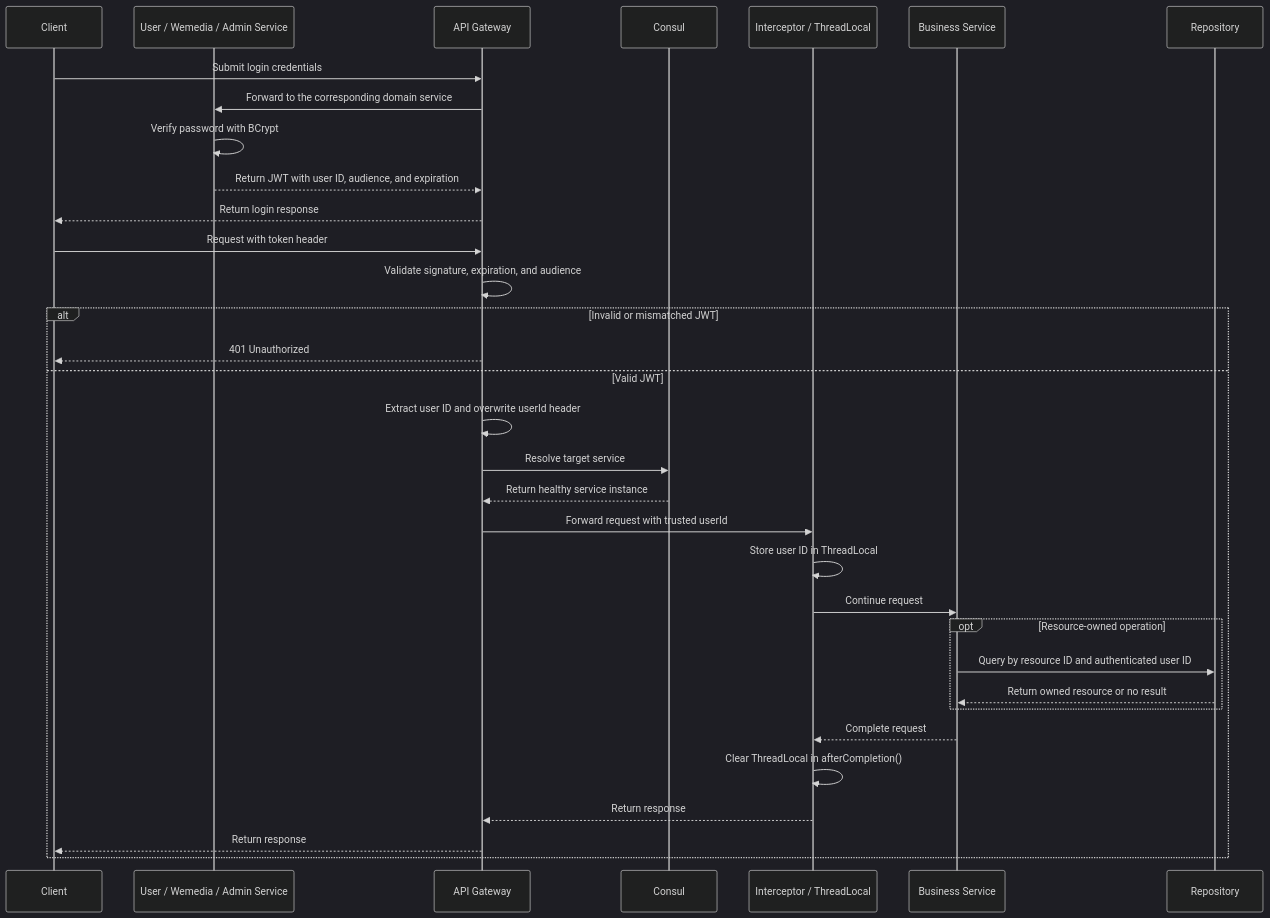
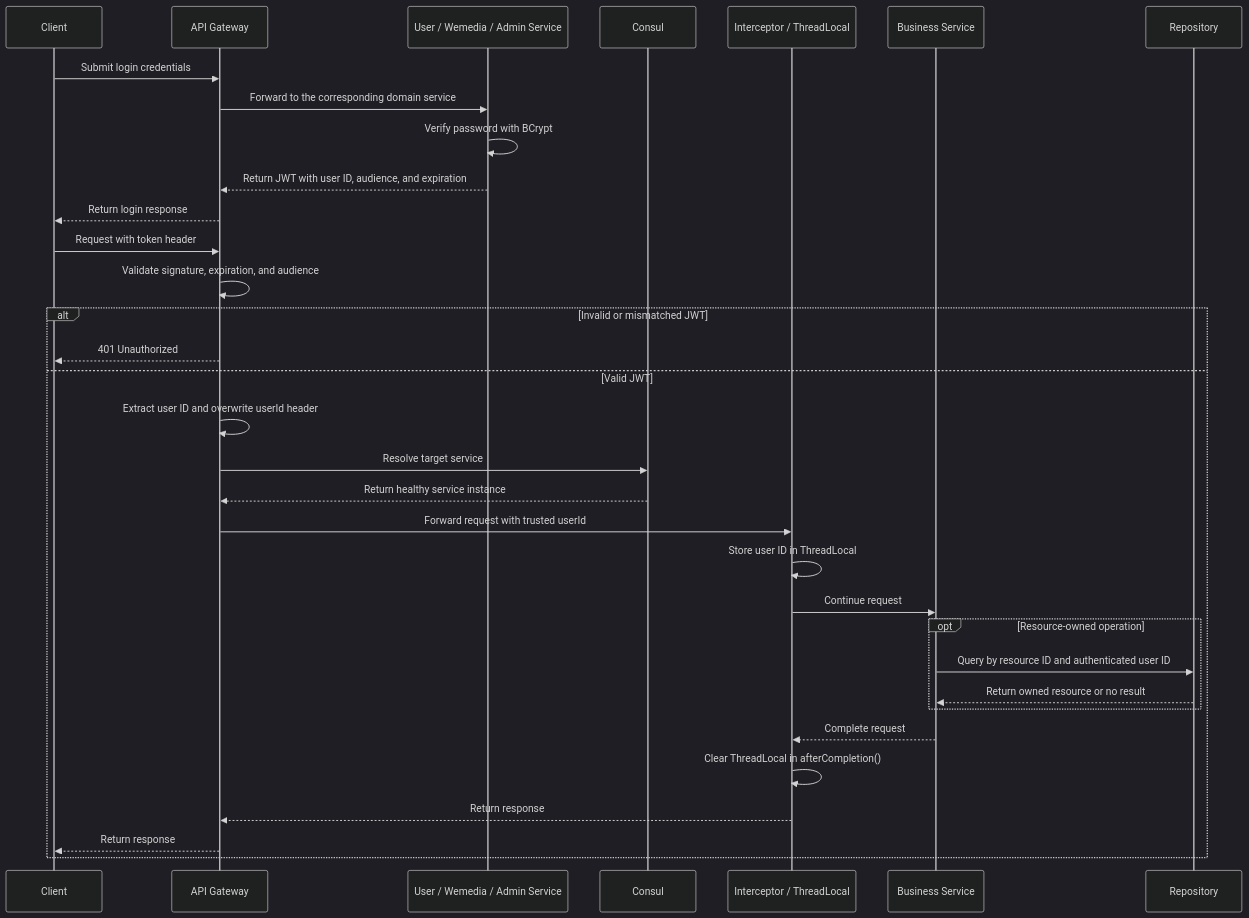
One commit to hannaqq/leadnews changed the first of 2 diagrams in README.md. Above: the diagram before and after it, drawn with Mermaid (dark theme). The commit also changed other lines of this file, not shown here.

````diff
--- a/README.md
+++ b/README.md
@@ -52,37 +52,37 @@
 ```mermaid
 sequenceDiagram
     participant Client
+    participant Gateway as API Gateway
     participant AuthService as User / Wemedia / Admin Service
-    participant Gateway as API Gateway
     participant Consul
     participant Interceptor as Interceptor / ThreadLocal
     participant Service as Business Service
     participant Repository
 
     Client->>Gateway: Submit login credentials
     Gateway->>AuthService: Forward to the corresponding domain service
     AuthService->>AuthService: Verify password with BCrypt
     AuthService-->>Gateway: Return JWT with user ID, audience, and expiration
     Gateway-->>Client: Return login response
 
     Client->>Gateway: Request with token header
     Gateway->>Gateway: Validate signature, expiration, and audience
     alt Invalid or mismatched JWT
         Gateway-->>Client: 401 Unauthorized
     else Valid JWT
         Gateway->>Gateway: Extract user ID and overwrite userId header
         Gateway->>Consul: Resolve target service
         Consul-->>Gateway: Return healthy service instance
         Gateway->>Interceptor: Forward request with trusted userId
         Interceptor->>Interceptor: Store user ID in ThreadLocal
         Interceptor->>Service: Continue request
         opt Resource-owned operation
             Service->>Repository: Query by resource ID and authenticated user ID
             Repository-->>Service: Return owned resource or no result
         end
         Service-->>Interceptor: Complete request
         Interceptor->>Interceptor: Clear ThreadLocal in afterCompletion()
         Interceptor-->>Gateway: Return response
         Gateway-->>Client: Return response
     end
 ```
````
